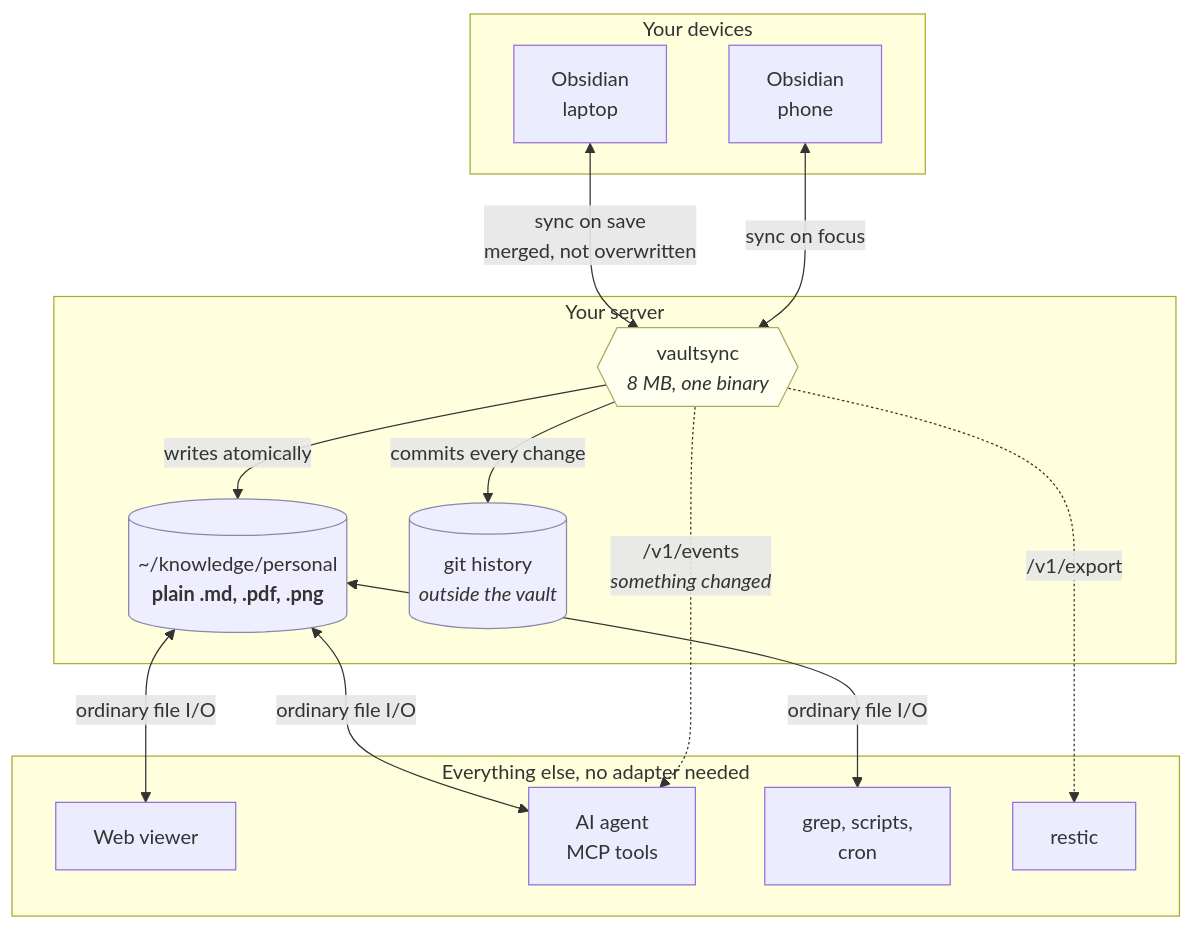
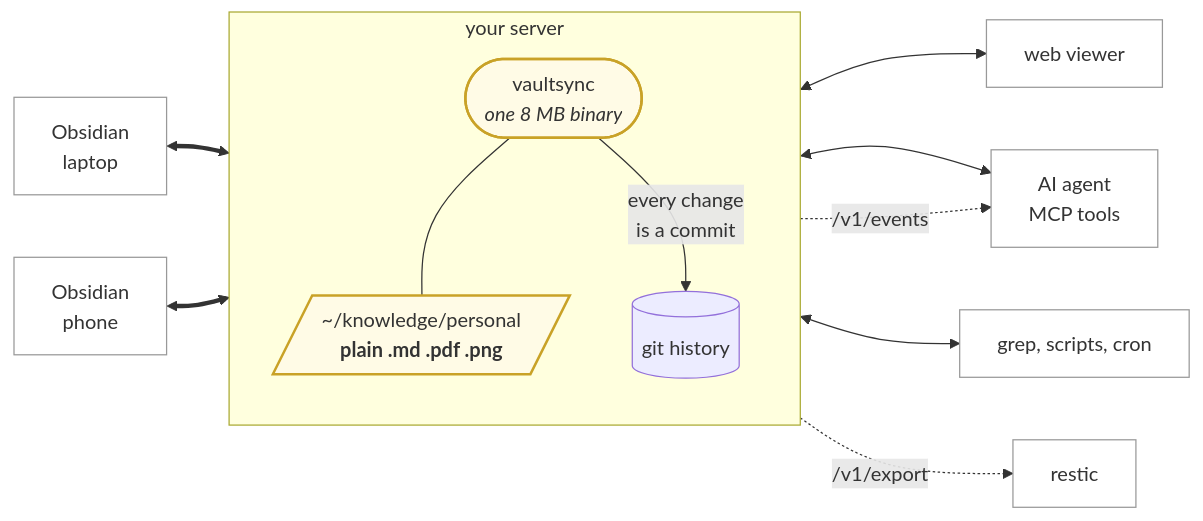
Before and after one commit to pkronstrom/obsidian-archivist: the diagram in README.md, drawn with Mermaid. The commit also changed other lines of this file, not shown here.

Commit message:
docs: clearer data-flow diagram, verified by rendering it

````diff
--- a/README.md
+++ b/README.md
@@ -34,36 +34,34 @@
 ```mermaid
-flowchart TB
-    subgraph devices ["Your devices"]
-        mac["Obsidian<br/>laptop"]
-        phone["Obsidian<br/>phone"]
+flowchart LR
+    mac["Obsidian<br/>laptop"]
+    phone["Obsidian<br/>phone"]
+
+    subgraph server ["your server"]
+        direction TB
+        vs(["vaultsync<br/><i>one 8 MB binary</i>"])
+        vault[/"~/knowledge/personal<br/><b>plain .md .pdf .png</b>"/]
+        git[("git history")]
+        vs --- vault
+        vs -->|"every change<br/>is a commit"| git
     end
 
-    subgraph server ["Your server"]
-        vs{{"vaultsync<br/><i>8 MB, one binary</i>"}}
-        vault[("~/knowledge/personal<br/><b>plain .md, .pdf, .png</b>")]
-        git[("git history<br/><i>outside the vault</i>")]
-    end
+    web["web viewer"]
+    agent["AI agent<br/>MCP tools"]
+    cli["grep, scripts, cron"]
+    restic["restic"]
 
-    subgraph consumers ["Everything else, no adapter needed"]
-        web["Web viewer"]
-        agent["AI agent<br/>MCP tools"]
-        cli["grep, scripts,<br/>cron"]
-        backup["restic"]
-    end
+    mac <==> vs
+    phone <==> vs
 
-    mac <-->|"sync on save<br/>merged, not overwritten"| vs
-    phone <-->|"sync on focus"| vs
-    vs -->|"writes atomically"| vault
-    vs -->|"commits every change"| git
+    vault <--> web
+    vault <--> agent
+    vault <--> cli
 
-    vault <-->|"ordinary file I/O"| web
-    vault <-->|"ordinary file I/O"| agent
-    vault <-->|"ordinary file I/O"| cli
-    vs -.->|"/v1/events<br/><i>something changed</i>"| agent
-    vs -.->|"/v1/export"| backup
+    vs -.->|"/v1/events"| agent
+    git -.->|"/v1/export"| restic
 
-    classDef store fill:#eef,stroke:#88a
-    classDef core fill:#ffe,stroke:#aa6
-    class vault,git store
-    class vs core
+    classDef plain fill:#fff,stroke:#999
+    classDef hot fill:#fffbe6,stroke:#c9a227,stroke-width:2px
+    class vault,vs hot
+    class mac,phone,web,agent,cli,restic plain
 ```
````
